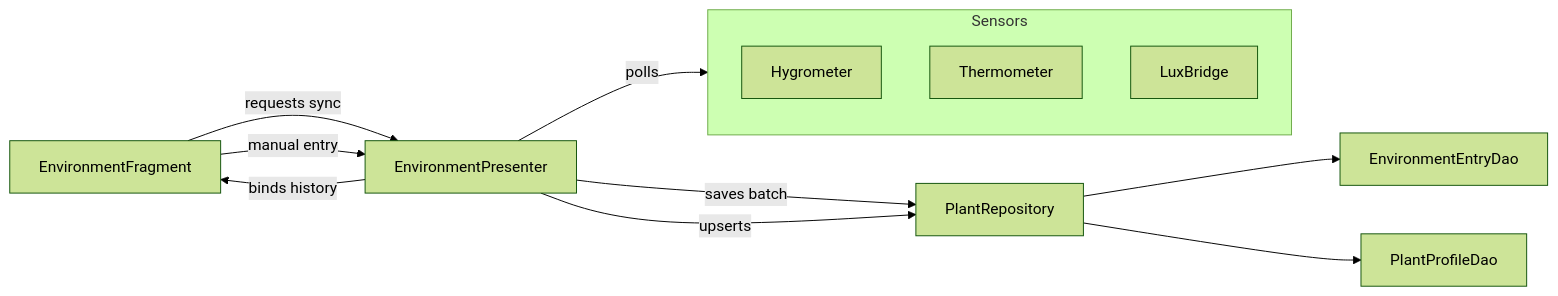
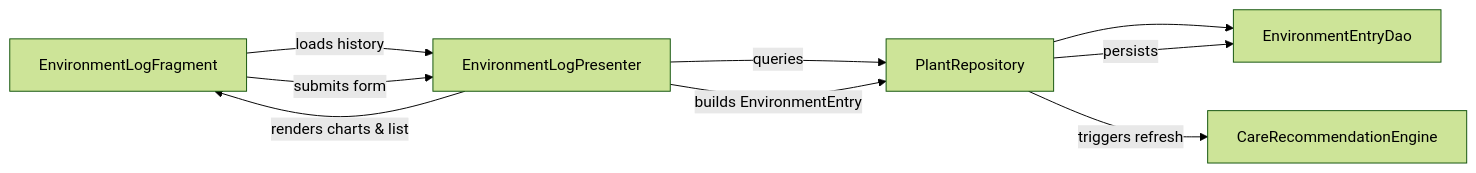
Before and after one commit to hiimOmagh/Pflanzbestand_und_Lichttest_-Haus-: the second of 5 diagrams in docs/ARCHITECTURE.md, drawn with Mermaid (forest theme). The commit also changed other lines of this file, not shown here.

First line of the commit message:
docs: Update architecture diagrams and descriptions

````diff
--- a/docs/ARCHITECTURE.md
+++ b/docs/ARCHITECTURE.md
@@ -90,16 +53,11 @@
 ```mermaid
 flowchart LR
-    subgraph Sensors
-        Hygrometer
-        Thermometer
-        LuxBridge
-    end
-    EnvironmentFragment -->|requests sync| EnvironmentPresenter
-    EnvironmentPresenter -->|polls| Sensors
-    EnvironmentPresenter -->|saves batch| PlantRepository
+    EnvironmentLogFragment -->|loads history| EnvironmentLogPresenter
+    EnvironmentLogPresenter -->|queries| PlantRepository
     PlantRepository --> EnvironmentEntryDao
-    EnvironmentPresenter -->|binds history| EnvironmentFragment
-    EnvironmentFragment -->|manual entry| EnvironmentPresenter
-    EnvironmentPresenter -->|upserts| PlantRepository
-    PlantRepository --> PlantProfileDao
+    EnvironmentLogPresenter -->|renders charts & list| EnvironmentLogFragment
+    EnvironmentLogFragment -->|submits form| EnvironmentLogPresenter
+    EnvironmentLogPresenter -->|builds EnvironmentEntry| PlantRepository
+    PlantRepository -->|persists| EnvironmentEntryDao
+    PlantRepository -->|triggers refresh| CareRecommendationEngine
 ```
````
